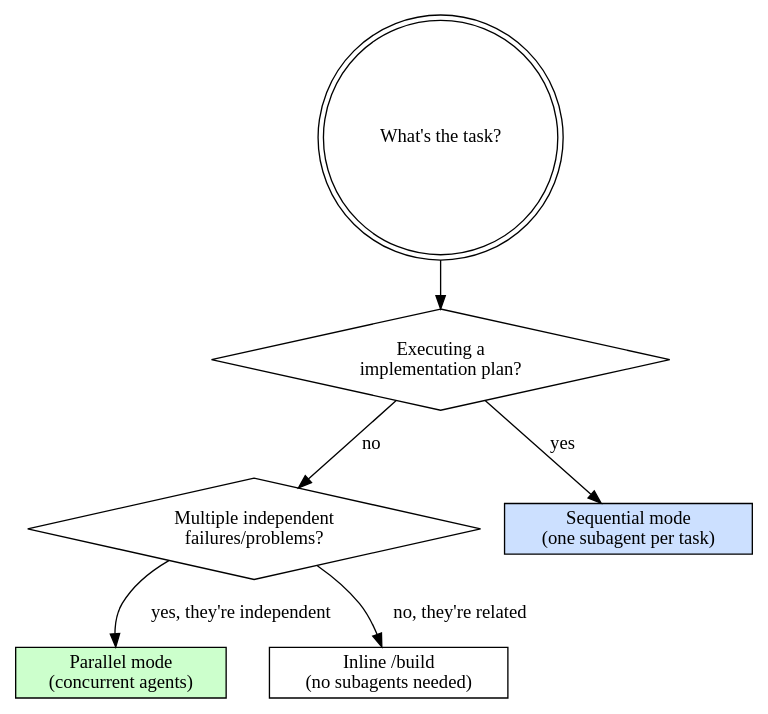
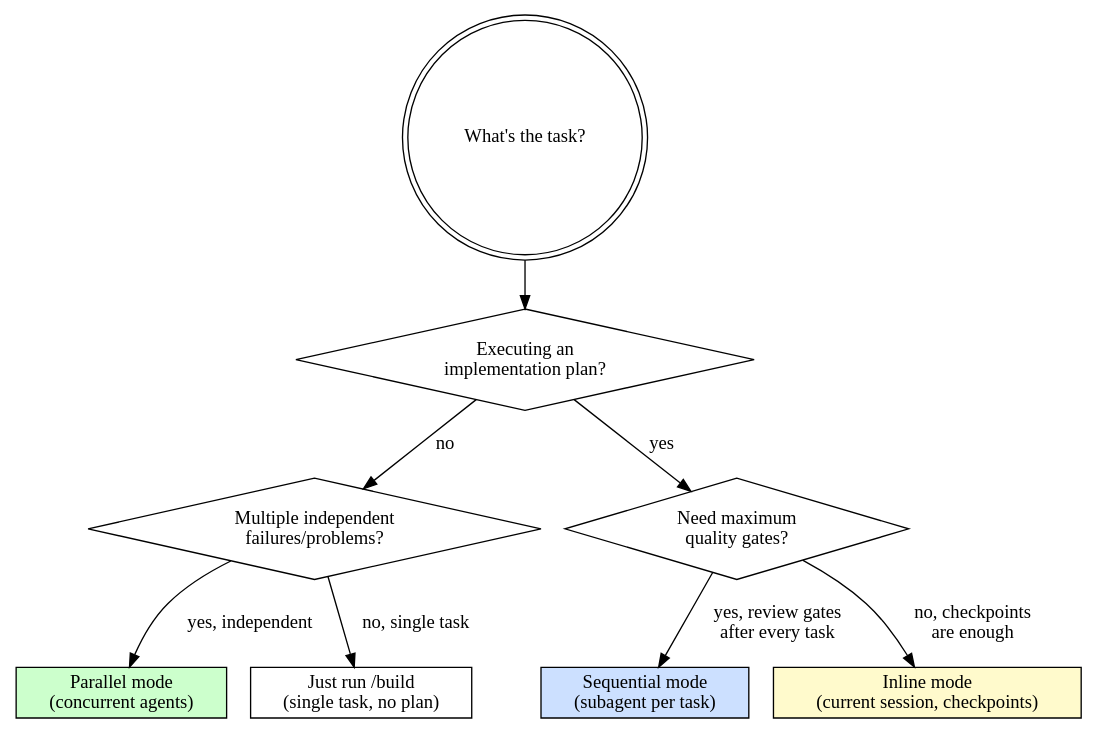
The first of 4 diagrams in skills/delegate/SKILL.md (zmzhace/fullstack-skills), drawn with Graphviz before and after one commit. The commit also changed other lines of this file and 19 other files, not shown here.

First line of the commit message:
feat: add worktree, write-skill skills; inline execution mode; visual companion; test suite

````diff
--- a/skills/delegate/SKILL.md
+++ b/skills/delegate/SKILL.md
@@ -16,16 +17,20 @@
 ```dot
 digraph mode_select {
     start   [label="What's the task?", shape=doublecircle];
-    plan    [label="Executing a\nimplementation plan?", shape=diamond];
+    plan    [label="Executing an\nimplementation plan?", shape=diamond];
     indep   [label="Multiple independent\nfailures/problems?", shape=diamond];
-    seq     [label="Sequential mode\n(one subagent per task)", shape=box, style=filled, fillcolor="#cce0ff"];
+    qual    [label="Need maximum\nquality gates?", shape=diamond];
+    seq     [label="Sequential mode\n(subagent per task)", shape=box, style=filled, fillcolor="#cce0ff"];
+    inline  [label="Inline mode\n(current session, checkpoints)", shape=box, style=filled, fillcolor="#fffacc"];
     par     [label="Parallel mode\n(concurrent agents)", shape=box, style=filled, fillcolor="#ccffcc"];
-    inline  [label="Inline /build\n(no subagents needed)", shape=box];
+    build   [label="Just run /build\n(single task, no plan)", shape=box];
 
     start -> plan;
-    plan -> seq [label="yes"];
+    plan -> qual [label="yes"];
+    qual -> seq [label="yes, review gates\nafter every task"];
+    qual -> inline [label="no, checkpoints\nare enough"];
     plan -> indep [label="no"];
-    indep -> par [label="yes, they're independent"];
-    indep -> inline [label="no, they're related"];
+    indep -> par [label="yes, independent"];
+    indep -> build [label="no, single task"];
 }
 ```
````
